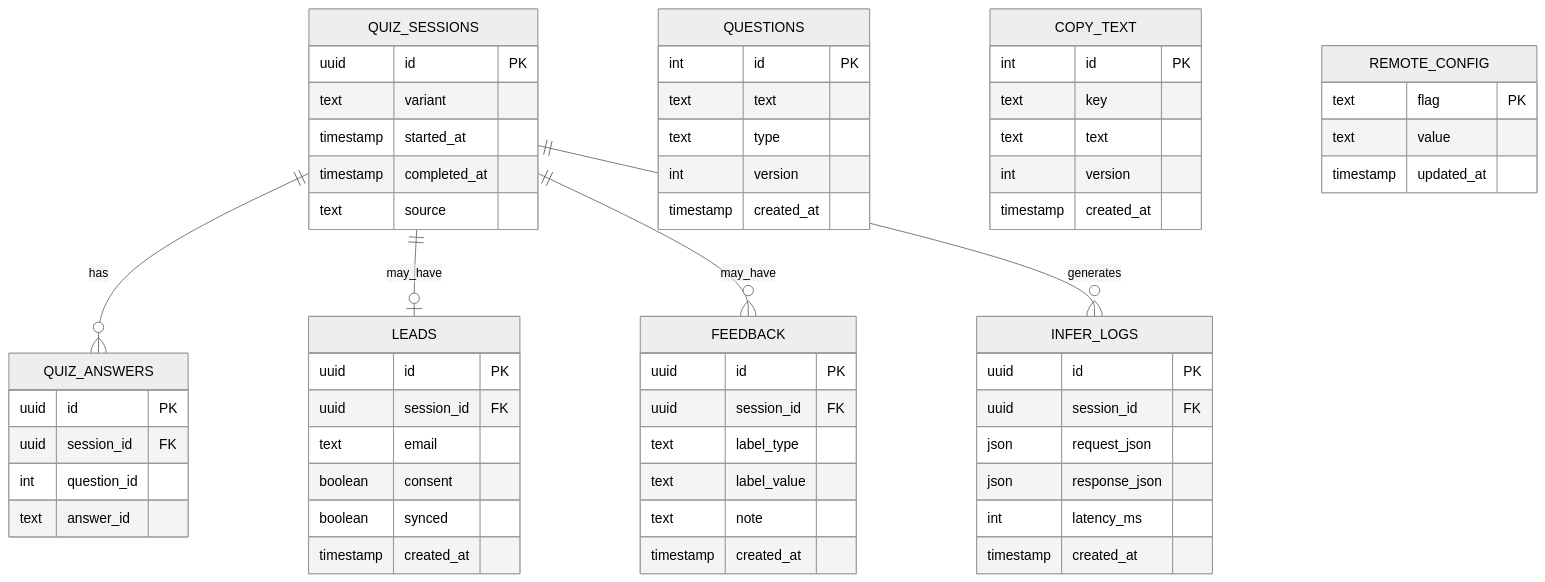
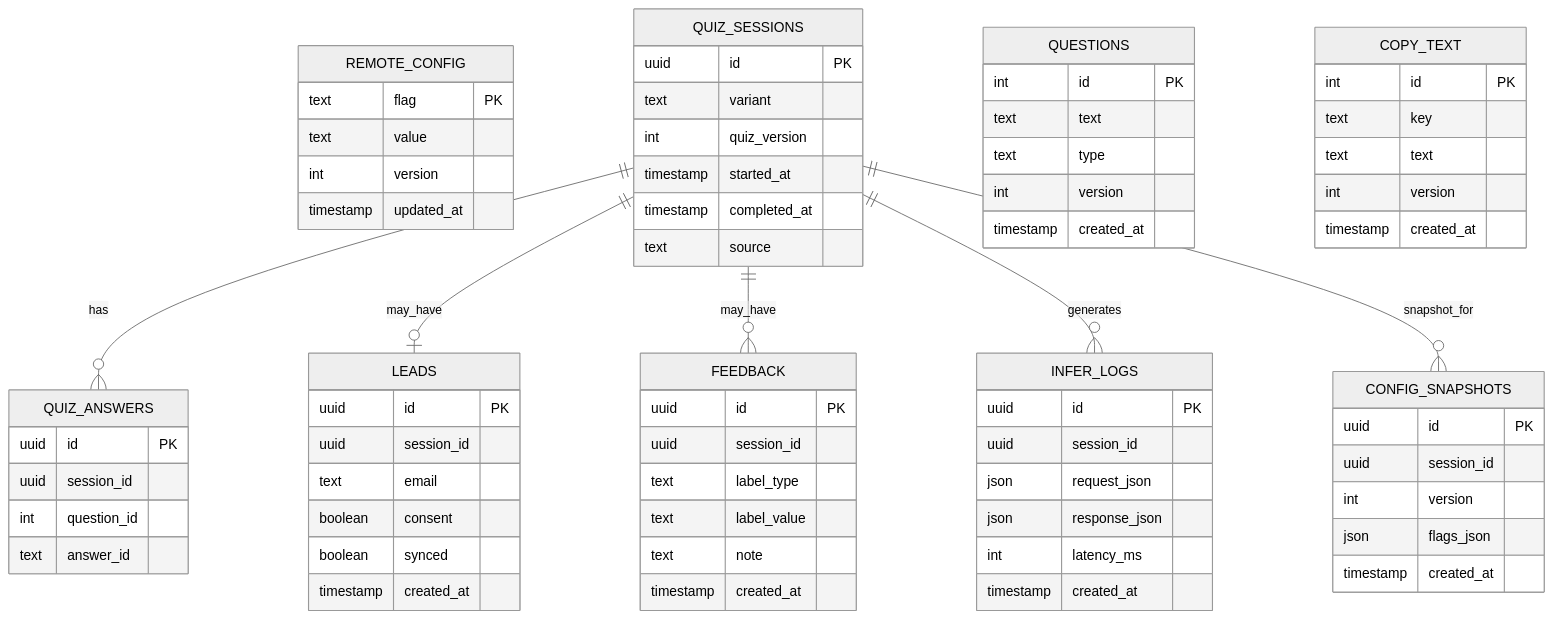
Before and after one commit to alexandrafofel/brightfutureahead: the diagram in content/app-web/architecture/pre-mvp/04-data-and-security/ERD.mmd, drawn with Mermaid (neutral theme). The commit also changed 36 other files, not shown here.

Commit message:
chore(architecture): update diagrams to close gaps

```diff
--- a/content/app-web/architecture/pre-mvp/04-data-and-security/ERD.mmd
+++ b/content/app-web/architecture/pre-mvp/04-data-and-security/ERD.mmd
@@ -1,70 +1,81 @@
 erDiagram
+  REMOTE_CONFIG {
+    text flag PK
+    text value
+    int version
+    timestamp updated_at
+  }
+
   QUIZ_SESSIONS {
     uuid id PK
     text variant
+    int quiz_version
     timestamp started_at
     timestamp completed_at
     text source
   }
 
-  QUIZ_ANSWERS {
+  CONFIG_SNAPSHOTS {
     uuid id PK
-    uuid session_id FK
-    int question_id
-    text answer_id
-  }
-
-  LEADS {
-    uuid id PK
-    uuid session_id FK
-    text email
-    boolean consent
-    boolean synced
+    uuid session_id
+    int version
+    json flags_json
     timestamp created_at
   }
 
+  FEEDBACK {
+    uuid id PK
+    uuid session_id
+    text label_type
+    text label_value
+    text note
+    timestamp created_at
+  }
+
+  INFER_LOGS {
+    uuid id PK
+    uuid session_id
+    json request_json
+    json response_json
+    int latency_ms
+    timestamp created_at
+  }
+
+  %% Existing tables (keep as-is, ensure versions)
   QUESTIONS {
     int id PK
     text text
     text type
     int version
     timestamp created_at
   }
 
   COPY_TEXT {
     int id PK
     text key
     text text
     int version
     timestamp created_at
   }
 
-  REMOTE_CONFIG {
-    text flag PK
-    text value
-    timestamp updated_at
-  }
-
-  FEEDBACK {
+  LEADS {
     uuid id PK
-    uuid session_id FK
-    text label_type
-    text label_value
-    text note
+    uuid session_id
+    text email
+    boolean consent
+    boolean synced
     timestamp created_at
   }
 
-  INFER_LOGS {
+  QUIZ_ANSWERS {
     uuid id PK
-    uuid session_id FK
-    json request_json
-    json response_json
-    int latency_ms
-    timestamp created_at
+    uuid session_id
+    int question_id
+    text answer_id
   }
 
-  %% Relationships
   QUIZ_SESSIONS ||--o{ QUIZ_ANSWERS : has
   QUIZ_SESSIONS ||--o| LEADS : may_have
   QUIZ_SESSIONS ||--o{ FEEDBACK : may_have
   QUIZ_SESSIONS ||--o{ INFER_LOGS : generates
+  QUIZ_SESSIONS ||--o{ CONFIG_SNAPSHOTS : snapshot_for
```
